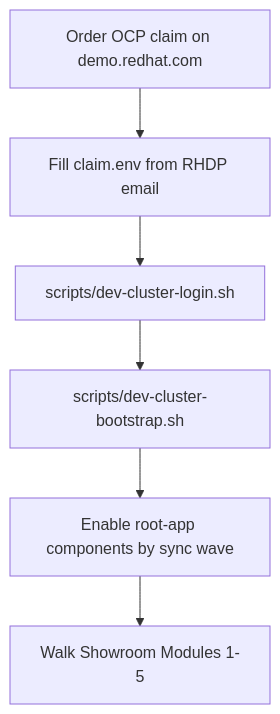
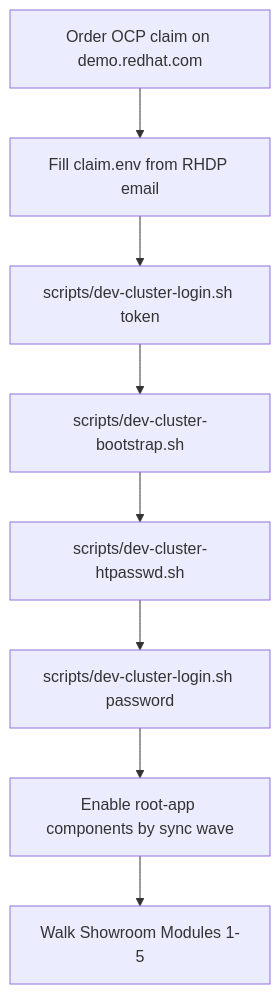
Before and after one commit to NA-FSI-Services/lightwell-tssc-workshop: the diagram in docs/DEV-CLUSTER-BOOTSTRAP.md, drawn with Mermaid. The commit also changed other lines of this file and 13 other files, not shown here.

````diff
--- a/docs/DEV-CLUSTER-BOOTSTRAP.md
+++ b/docs/DEV-CLUSTER-BOOTSTRAP.md
@@ -9,10 +9,12 @@
 ```mermaid
 flowchart TD
   order[Order OCP claim on demo.redhat.com]
   fill[Fill claim.env from RHDP email]
-  login[scripts/dev-cluster-login.sh]
+  loginToken[scripts/dev-cluster-login.sh token]
   boot[scripts/dev-cluster-bootstrap.sh]
+  htpasswd[scripts/dev-cluster-htpasswd.sh]
+  loginAdmin[scripts/dev-cluster-login.sh password]
   waves[Enable root-app components by sync wave]
   labs[Walk Showroom Modules 1-5]
-  order --> fill --> login --> boot --> waves --> labs
+  order --> fill --> loginToken --> boot --> htpasswd --> loginAdmin --> waves --> labs
 ```
````
